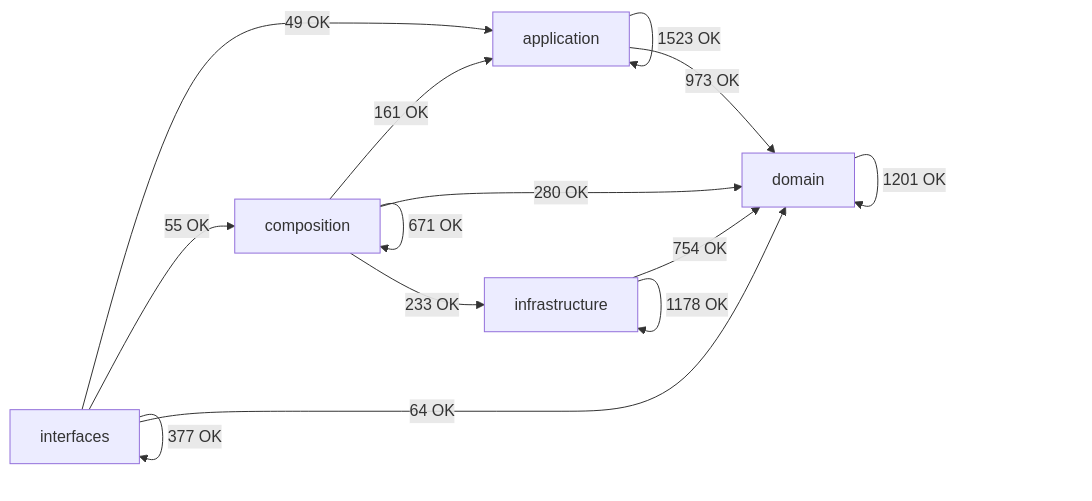
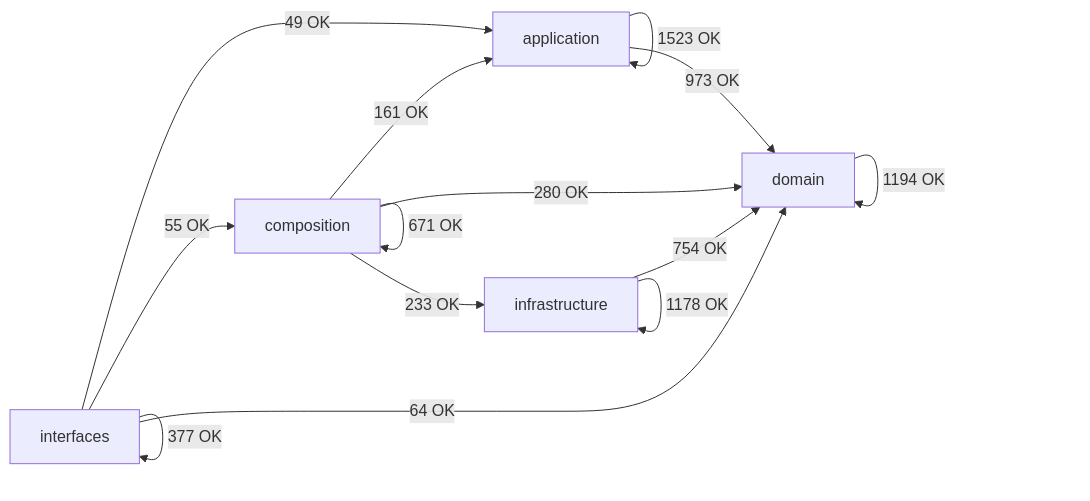
The diagram in docs/02-architecture/generated/module-dependency-map.md (SatoryKono/BioactivityDataAcquisition), drawn with Mermaid before and after one commit. The commit also changed other lines of this file and 239 other files, not shown here.

````diff
--- a/docs/02-architecture/generated/module-dependency-map.md
+++ b/docs/02-architecture/generated/module-dependency-map.md
@@ -17,21 +17,21 @@
 ```mermaid
 flowchart LR
     domain[domain]
     application[application]
     infrastructure[infrastructure]
     composition[composition]
     interfaces[interfaces]
     application -->|1523 OK| application
     application -->|973 OK| domain
     composition -->|161 OK| application
     composition -->|671 OK| composition
     composition -->|280 OK| domain
     composition -->|233 OK| infrastructure
-    domain -->|1201 OK| domain
+    domain -->|1194 OK| domain
     infrastructure -->|754 OK| domain
     infrastructure -->|1178 OK| infrastructure
     interfaces -->|49 OK| application
     interfaces -->|55 OK| composition
     interfaces -->|64 OK| domain
     interfaces -->|377 OK| interfaces
 ```
````
